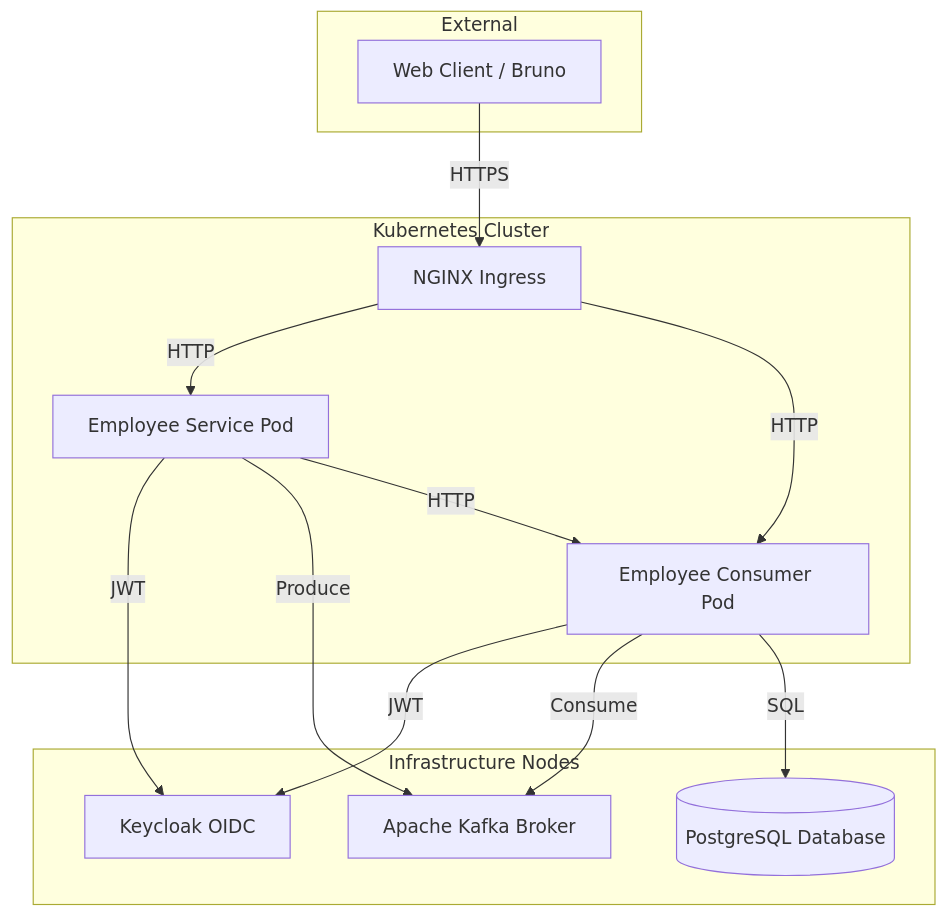
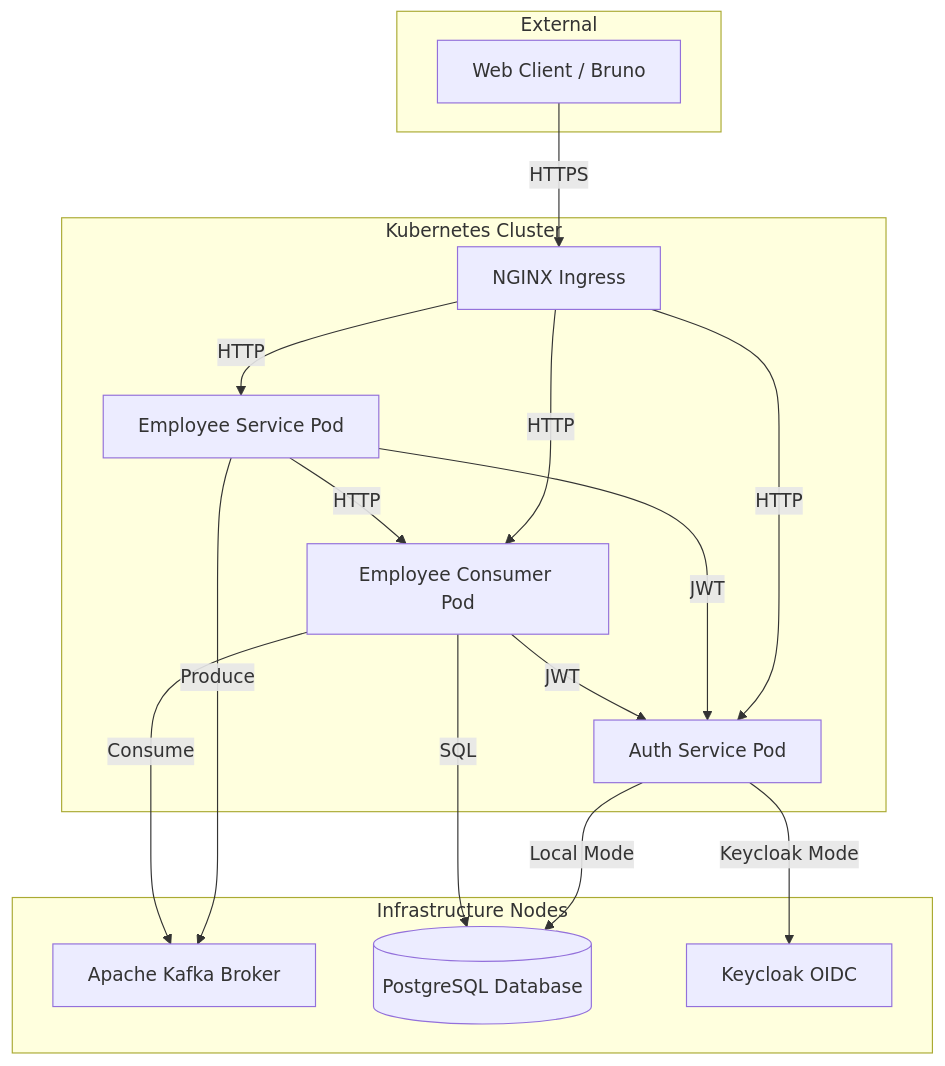
One commit to MarkoLuna/GoEmployeeCrudEventDriven changed the second of 6 diagrams in README.md. Above: the diagram before and after it, drawn with Mermaid. The commit also changed other lines of this file and 101 other files, not shown here.

First line of the commit message:
feat: extract auth-service, standardize ports, fix swagger, migrate to golang-migrate (#1)

````diff
--- a/README.md
+++ b/README.md
@@ -95,30 +100,34 @@
 ```mermaid
 graph TD
     subgraph "External"
         Client[Web Client / Bruno]
     end
 
     subgraph "Kubernetes Cluster"
         Ingress[NGINX Ingress]
         ServicePod[Employee Service Pod]
         ConsumerPod[Employee Consumer Pod]
+        AuthPod[Auth Service Pod]
     end
 
     subgraph "Infrastructure Nodes"
         Kafka[Apache Kafka Broker]
         DB[(PostgreSQL Database)]
         Keycloak[Keycloak OIDC]
     end
 
     Client -->|HTTPS| Ingress
     Ingress -->|HTTP| ServicePod
     Ingress -->|HTTP| ConsumerPod
+    Ingress -->|HTTP| AuthPod
     
-    ServicePod -->|JWT| Keycloak
+    ServicePod -->|JWT| AuthPod
+    ConsumerPod -->|JWT| AuthPod
+    AuthPod -->|Keycloak Mode| Keycloak
+    AuthPod -->|Local Mode| DB
     ServicePod -->|Produce| Kafka
     ServicePod -->|HTTP| ConsumerPod
     
-    ConsumerPod -->|JWT| Keycloak
     ConsumerPod -->|Consume| Kafka
     ConsumerPod -->|SQL| DB
 ```
````
